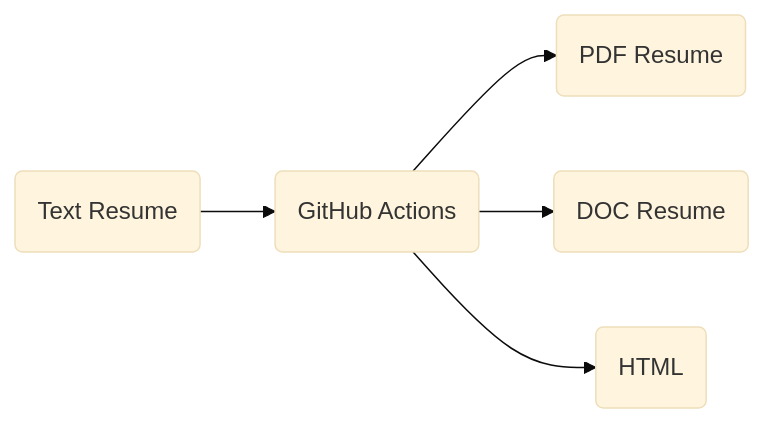
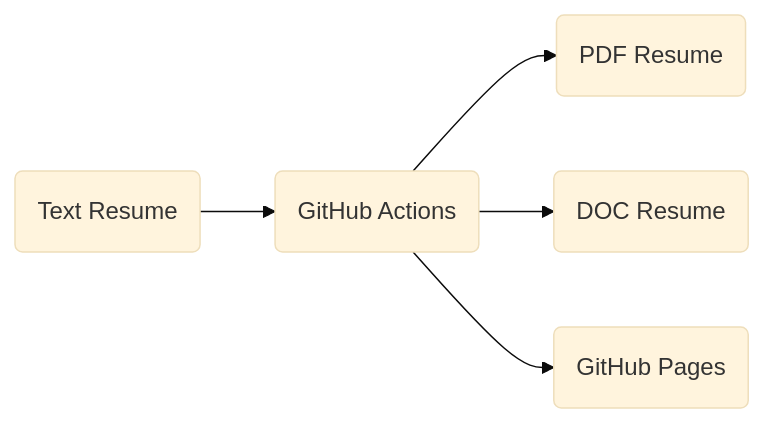
One commit to dustinbarnes/resume changed the diagram in README.md. Above: the diagram before and after it, drawn with Mermaid (base theme). The commit also changed other lines of this file and 1 other file, not shown here.

````diff
--- a/README.md
+++ b/README.md
@@ -13,7 +11,7 @@
 ```mermaid
 flowchart LR
   txt(Text Resume)-->magic(GitHub Actions)
   magic-->pdf(PDF Resume)
   magic-->doc(DOC Resume)
-  magic-->html(HTML)
+  magic-->html(GitHub Pages)
 ```
````
